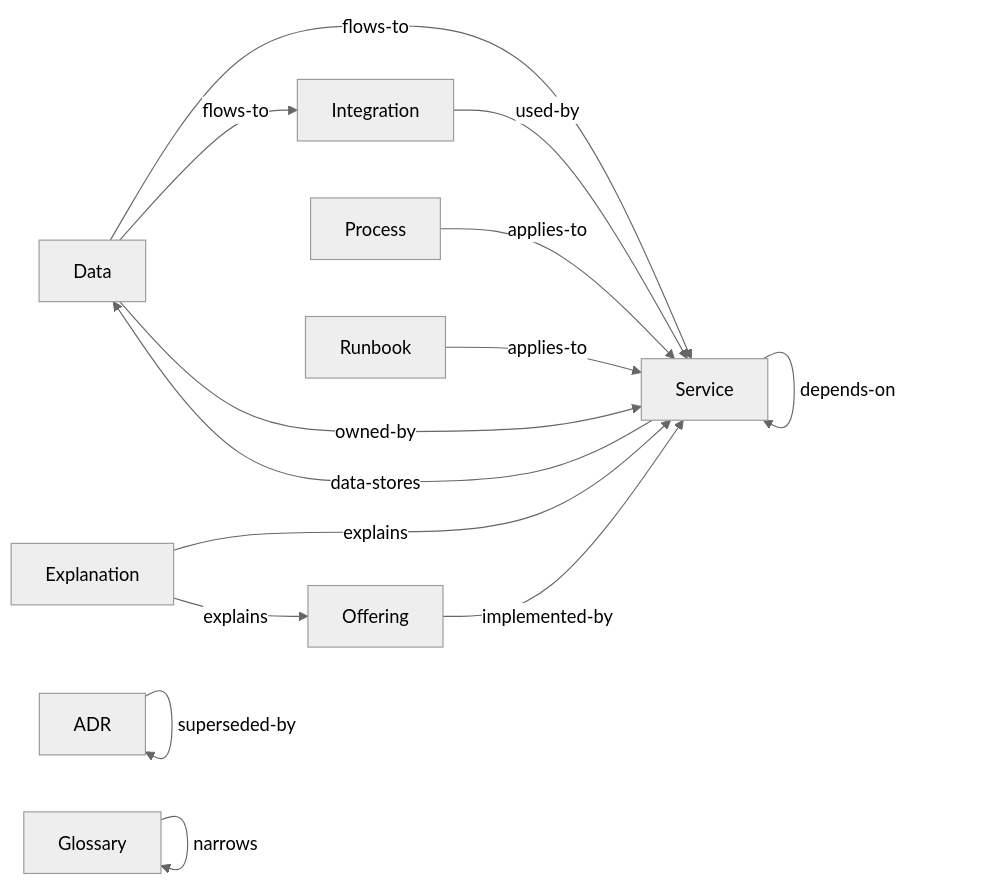
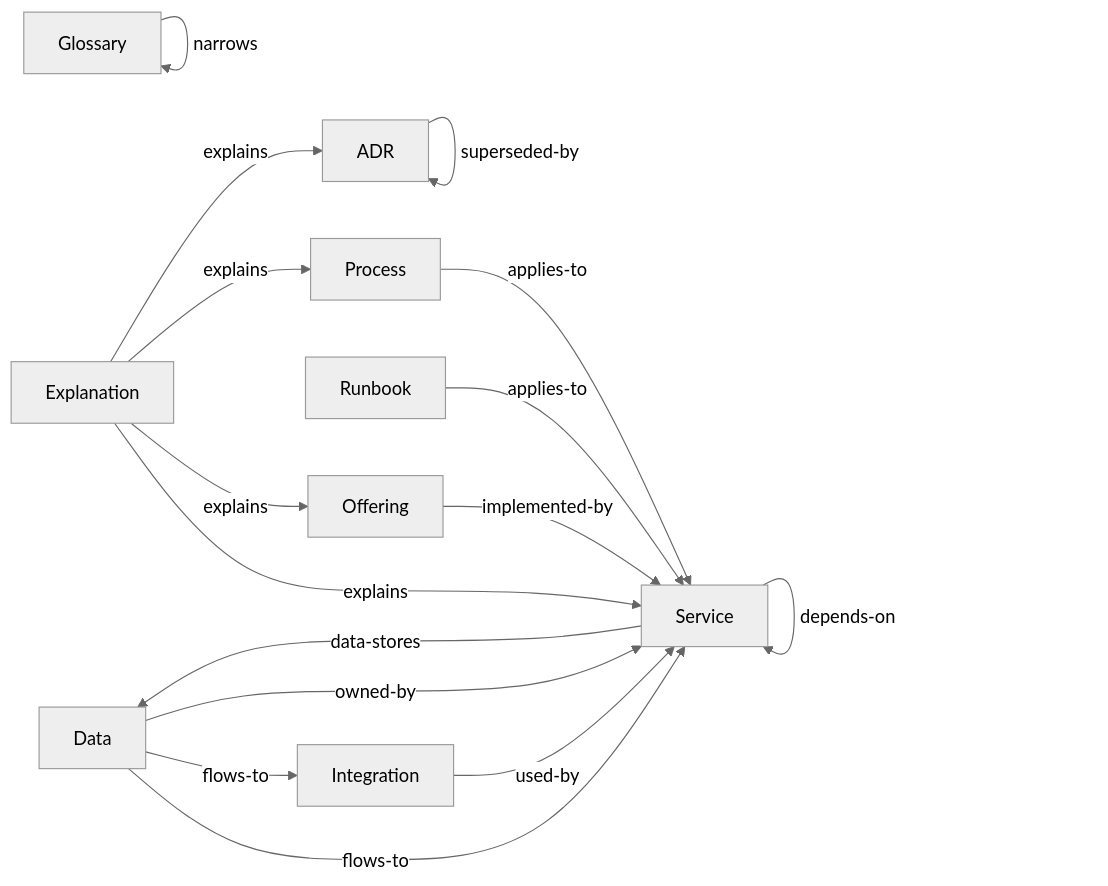
The diagram in examples/library/knowledge-as-code/taxonomy.md (paul80nd/knowledge-as-code), drawn with Mermaid (neutral theme) before and after one commit. The commit also changed other lines of this file and 17 other files, not shown here.

````diff
--- a/examples/library/knowledge-as-code/taxonomy.md
+++ b/examples/library/knowledge-as-code/taxonomy.md
@@ -101,26 +101,28 @@
 ```mermaid
 graph LR;
   t_adrs[ADR];
   t_data[Data];
   t_explanations[Explanation];
   t_glossary[Glossary];
   t_integrations[Integration];
   t_offerings[Offering];
   t_processes[Process];
   t_runbooks[Runbook];
   t_services[Service];
   t_adrs -- related --> t_adrs;
   t_adrs -- superseded-by --> t_adrs;
   t_data -- flows-to --> t_services;
   t_data -- flows-to --> t_integrations;
   t_data -- owned-by --> t_services;
   t_explanations -- explains --> t_services;
   t_explanations -- explains --> t_offerings;
+  t_explanations -- explains --> t_processes;
+  t_explanations -- explains --> t_adrs;
   t_glossary -- narrows --> t_glossary;
   t_integrations -- used-by --> t_services;
   t_offerings -- implemented-by --> t_services;
   t_processes -- applies-to --> t_services;
   t_runbooks -- applies-to --> t_services;
   t_services -- data-stores --> t_data;
   t_services -- depends-on --> t_services;
 ```
````
